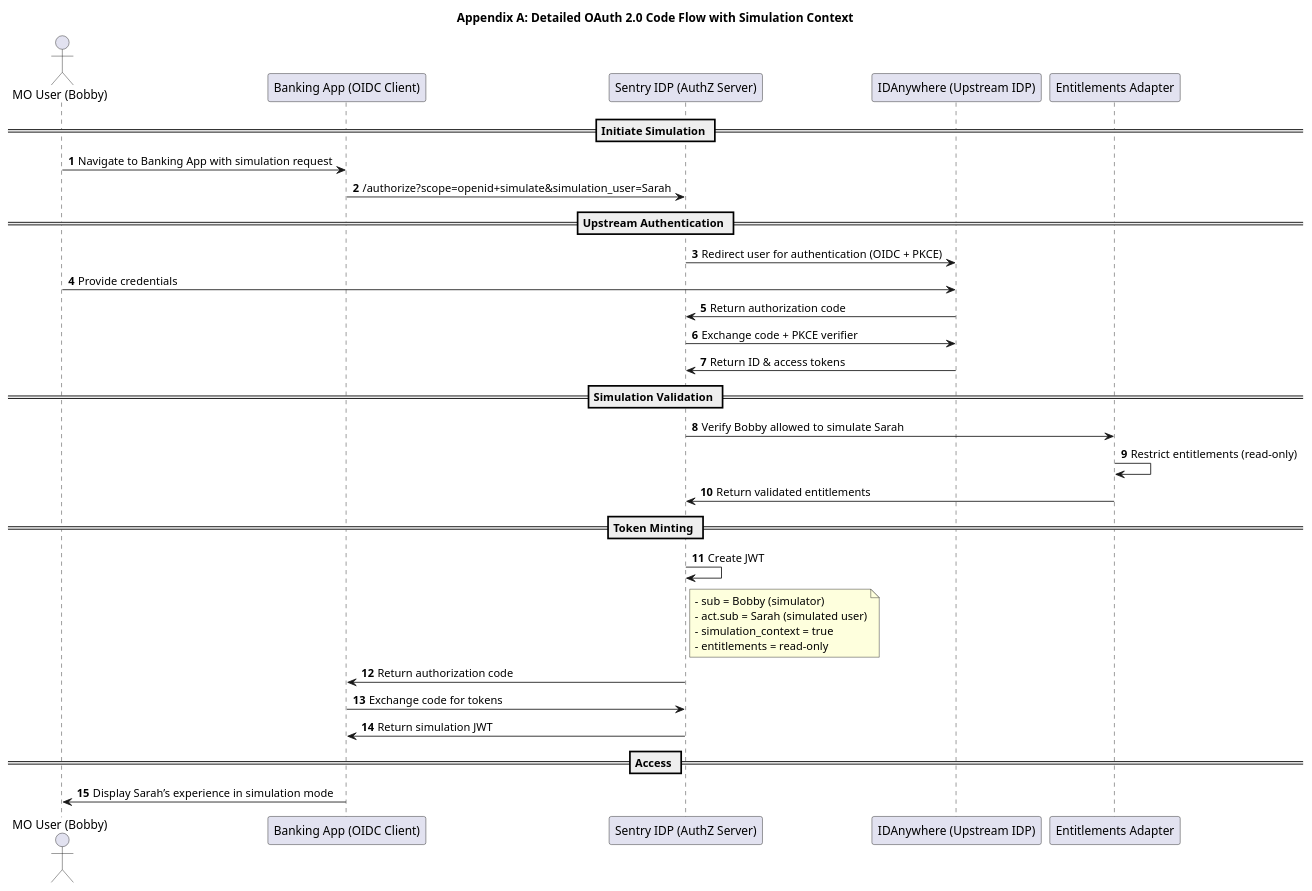
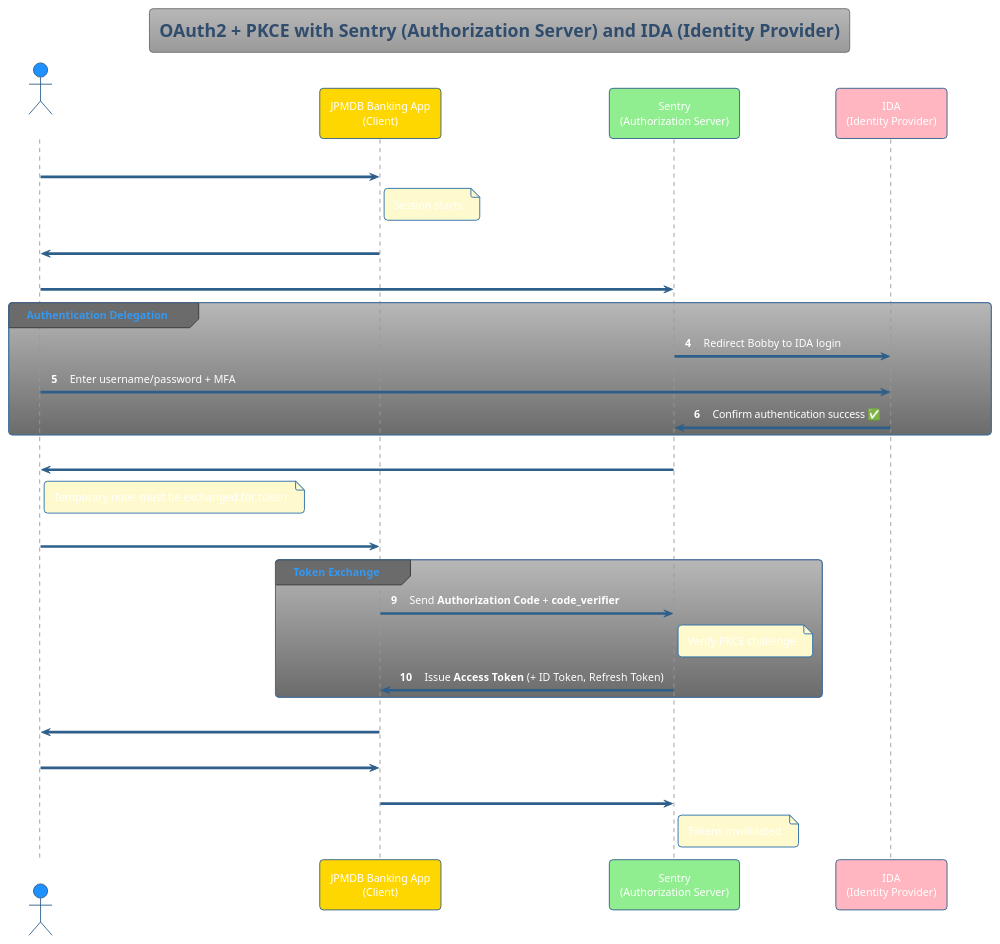
One commit to ahmedHanie93/Personal-projects changed the diagram in Design/designs/sim.md. Above: the diagram before and after it, drawn with PlantUML. The commit also changed other lines of this file, not shown here.

Commit message:
Oauth2 Simplified

`````diff
--- a/Design/designs/sim.md
+++ b/Design/designs/sim.md
@@ -206,43 +25,60 @@
-```plantuml
+```puml
 @startuml
-title Appendix A: Detailed OAuth 2.0 Code Flow with Simulation Context
+!theme spacelab
+skinparam ArrowColor #2E5F8A
+skinparam ActorBorderColor #2E5F8A
+skinparam ParticipantBorderColor #2E5F8A
+skinparam ParticipantBackgroundColor #F0F8FF
+skinparam NoteBackgroundColor #FFFACD
+
+title OAuth2 + PKCE with Sentry (Authorization Server) and IDA (Identity Provider)
+
 autonumber
 
-actor "MO User (Bobby)" as User
-participant "Banking App (OIDC Client)" as BankApp
-participant "Sentry IDP (AuthZ Server)" as IDP
-participant "IDAnywhere (Upstream IDP)" as IDA
-participant "Entitlements Adapter" as EA
+actor Bobby as User #DodgerBlue
+participant "JPMDB Banking App\n(Client)" as App #FFD700
+participant "Sentry\n(Authorization Server)" as Sentry #90EE90
+participant "IDA\n(Identity Provider)" as IDP #FFB6C1
 
-== Initiate Simulation ==
-User -> BankApp: Navigate to Banking App with simulation request
-BankApp -> IDP: /authorize?scope=openid+simulate&simulation_user=Sarah
+' === Activation ===
+User -> App: **Activate session** / Open JPMDB App
+note right of App
+Session starts
+end note
 
-== Upstream Authentication ==
-IDP -> IDA: Redirect user for authentication (OIDC + PKCE)
-User -> IDA: Provide credentials
-IDA -> IDP: Return authorization code
-IDP -> IDA: Exchange code + PKCE verifier
-IDA -> IDP: Return ID & access tokens
+' === Authorization Request ===
+App -> User: Redirect to Sentry with **code_challenge**
+User -> Sentry: Arrives at Authorization Endpoint
 
-== Simulation Validation ==
-IDP -> EA: Verify Bobby allowed to simulate Sarah
-EA -> EA: Restrict entitlements (read-only)
-EA -> IDP: Return validated entitlements
+group Authentication Delegation
+    Sentry -> IDP: Redirect Bobby to IDA login
+    User -> IDP: Enter username/password + MFA
+    IDP -> Sentry: Confirm authentication success ✅
+end
 
-== Token Minting ==
-IDP -> IDP: Create JWT
-note right of IDP
-- sub = Bobby (simulator)
-- act.sub = Sarah (simulated user)
-- simulation_context = true
-- entitlements = read-only
+Sentry -> User: Redirect back with **Authorization Code**
+note right of User
+Temporary note: must be exchanged for token
 end note
-IDP -> BankApp: Return authorization code
-BankApp -> IDP: Exchange code for tokens
-IDP -> BankApp: Return simulation JWT
+User -> App: Deliver **Authorization Code**
 
-== Access ==
-BankApp -> User: Display Sarah’s experience in simulation mode
+group Token Exchange
+    App -> Sentry: Send **Authorization Code** + **code_verifier**
+    note right of Sentry
+Verify PKCE challenge
+end note
+    Sentry -> App: Issue **Access Token** (+ ID Token, Refresh Token)
+end
+
+' === Resource Access ===
+App -> User: Use **Access Token** to call APIs (e.g., fetch account details)
+
+' === Deactivation ===
+User -> App: **Deactivate session** / Logout
+App -> Sentry: Revoke **Access Token** / End session
+note right of Sentry
+Tokens invalidated
+end note
+
 @enduml
-```
+````
`````
